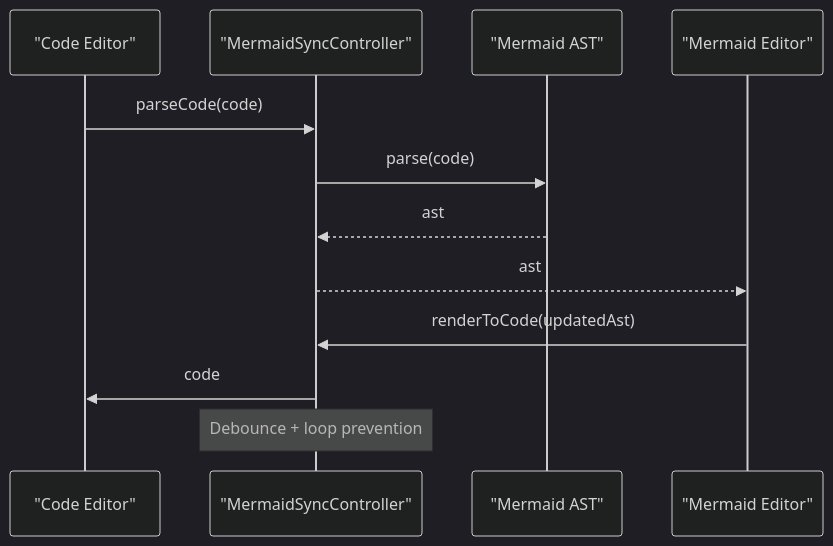
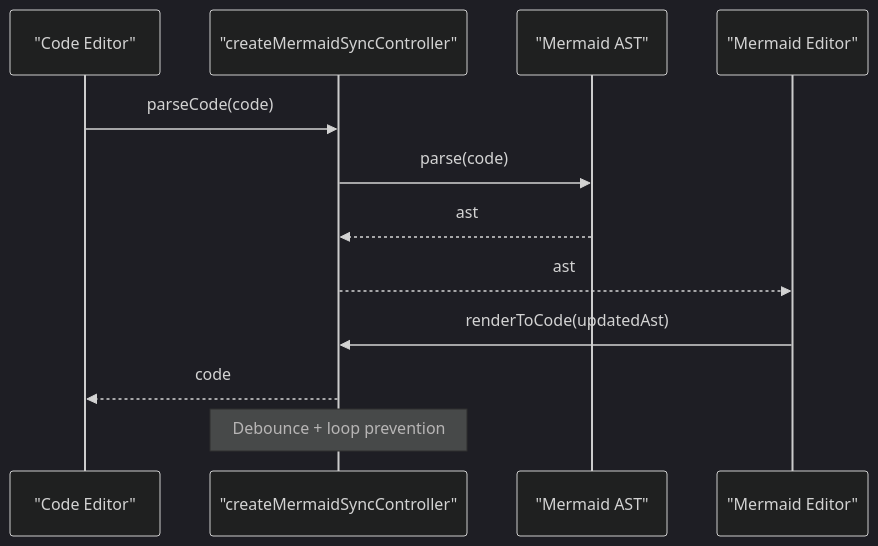
The fourth of 5 diagrams in .qoder/repowiki/en/content/Troubleshooting and FAQ.md (ongchonghian/universal-diagram-editor), drawn with Mermaid (dark theme) before and after one commit. The commit also changed other lines of this file and 31 other files, not shown here.

````diff
--- a/.qoder/repowiki/en/content/Troubleshooting and FAQ.md
+++ b/.qoder/repowiki/en/content/Troubleshooting and FAQ.md
@@ -168,14 +167,14 @@
 ```mermaid
 sequenceDiagram
 participant Code as "Code Editor"
-participant Sync as "MermaidSyncController"
+participant Sync as "createMermaidSyncController"
 participant AST as "Mermaid AST"
 participant Visual as "Mermaid Editor"
 Code->>Sync : parseCode(code)
 Sync->>AST : parse(code)
 AST-->>Sync : ast
 Sync-->>Visual : ast
 Visual->>Sync : renderToCode(updatedAst)
-Sync->>Code : code
+Sync-->>Code : code
 Note over Sync : Debounce + loop prevention
 ```
````
